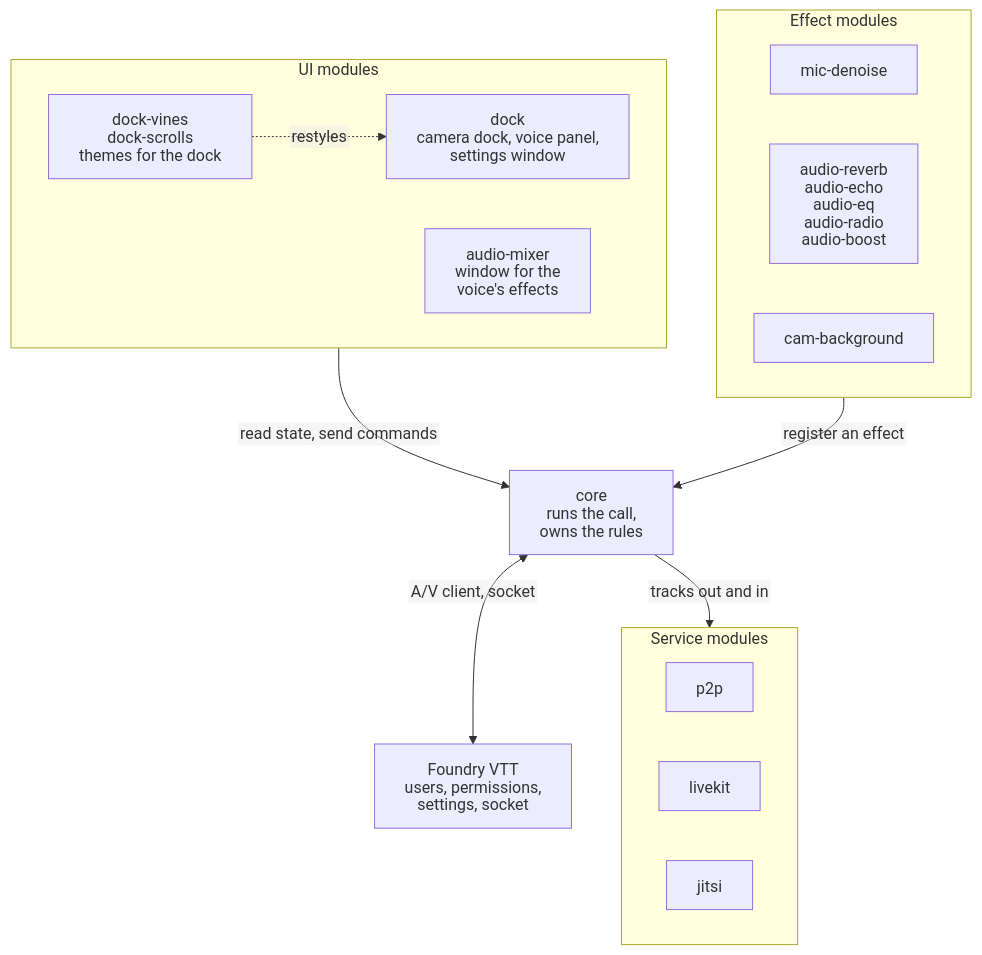
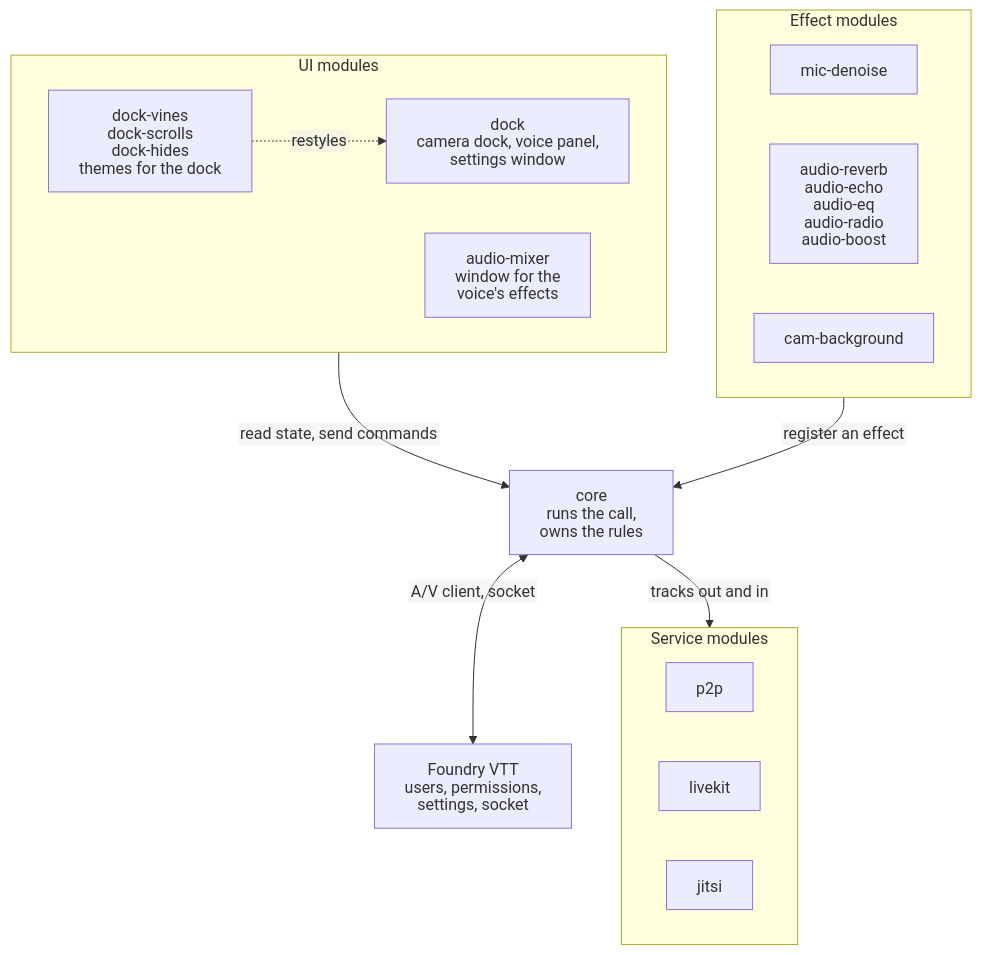
The first of 5 diagrams in docs/ARCHITECTURE.md (Affid/modular-av), drawn with Mermaid before and after one commit. The commit also changed other lines of this file and 74 other files, not shown here.

First line of the commit message:
feat(dock-hides): a third theme, Hides (a barbarian's hall) (#43)

````diff
--- a/docs/ARCHITECTURE.md
+++ b/docs/ARCHITECTURE.md
@@ -11,31 +11,31 @@
 ```mermaid
 %%{init: {"htmlLabels": false, "flowchart": {"htmlLabels": false}}}%%
 flowchart TB
   subgraph ui["UI modules"]
     dock["dock<br/>camera dock, voice panel,<br/>settings window"]
     mixer["audio-mixer<br/>window for the<br/>voice's effects"]
-    theme["dock-vines<br/>dock-scrolls<br/>themes for the dock"]
+    theme["dock-vines<br/>dock-scrolls<br/>dock-hides<br/>themes for the dock"]
   end
 
   subgraph effects["Effect modules"]
     denoise["mic-denoise"]
     voice["audio-reverb<br/>audio-echo<br/>audio-eq<br/>audio-radio<br/>audio-boost"]
     cambg["cam-background"]
   end
 
   core["core<br/>runs the call,<br/>owns the rules"]
 
   subgraph services["Service modules"]
     p2p["p2p"]
     livekit["livekit"]
     jitsi["jitsi"]
   end
 
   foundry["Foundry VTT<br/>users, permissions,<br/>settings, socket"]
 
   ui -- "read state, send commands" --> core
   effects -- "register an effect" --> core
   core -- "tracks out and in" --> services
   core <-- "A/V client, socket" --> foundry
   theme -. "restyles" .-> dock
 ```
````
